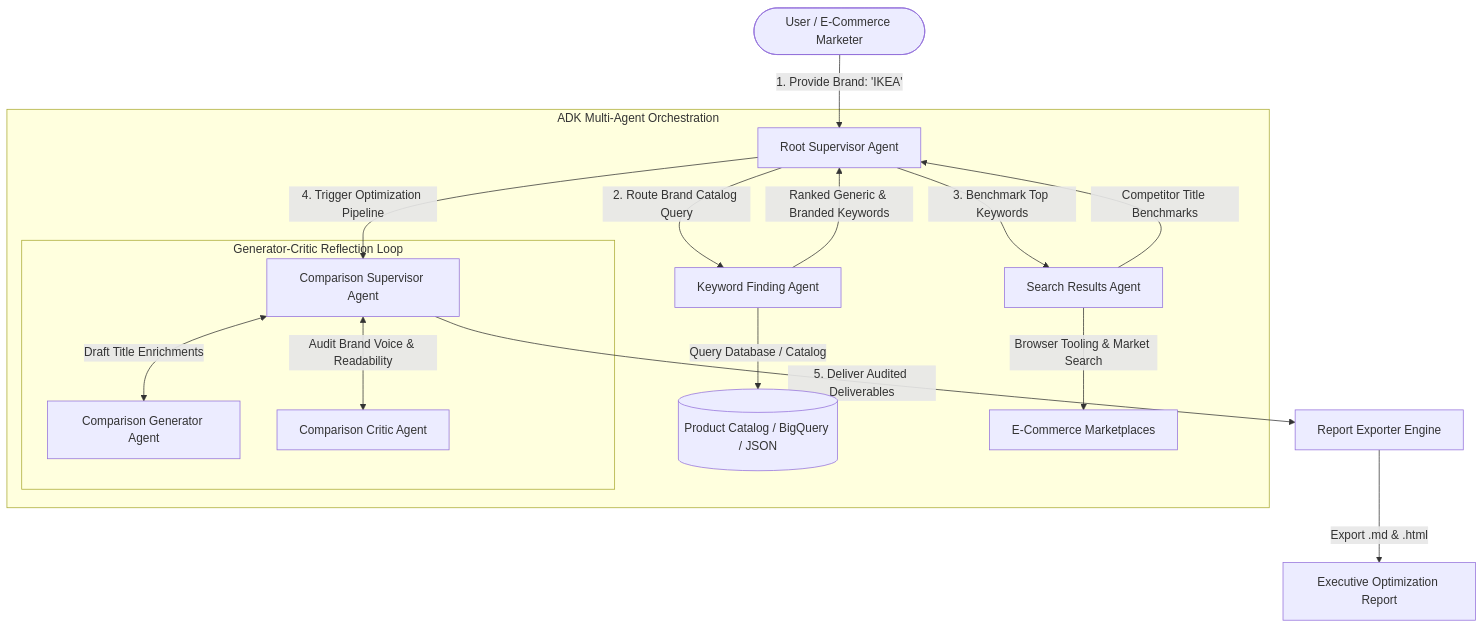
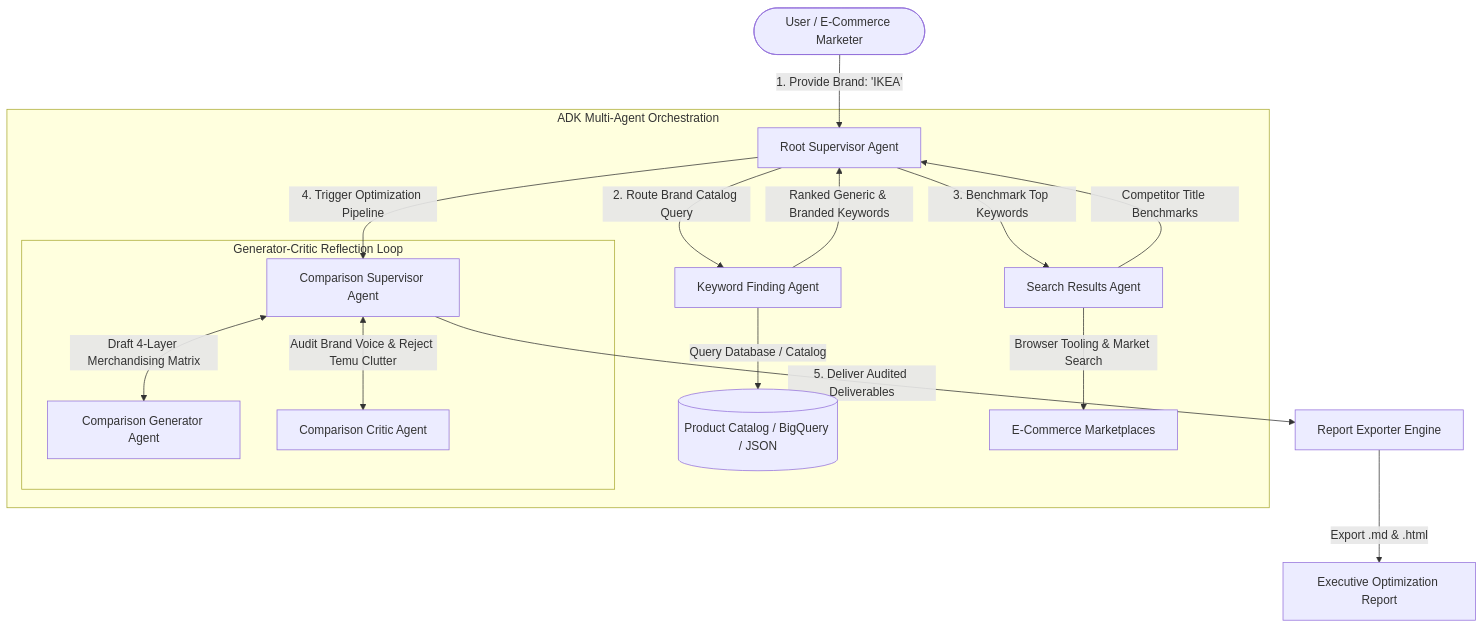
The second of 2 diagrams in README.md (kilinkis/adk-ikea-brand-analysis), drawn with Mermaid before and after one commit. The commit also changed other lines of this file and 10 other files, not shown here.

Commit message:
refactor: update architecture to 4-layer merchandising and implement metrics-based evaluation logic

````diff
--- a/README.md
+++ b/README.md
@@ -30,24 +77,24 @@
 ```mermaid
 flowchart TD
     User([User / E-Commerce Marketer]) -->|1. Provide Brand: 'IKEA'| Root[Root Supervisor Agent]
 
     subgraph ADK Multi-Agent Orchestration
         Root -->|2. Route Brand Catalog Query| KF[Keyword Finding Agent]
         KF -->|Query Database / Catalog| DB[(Product Catalog / BigQuery / JSON)]
         KF -->|Ranked Generic & Branded Keywords| Root
 
         Root -->|3. Benchmark Top Keywords| SR[Search Results Agent]
         SR -->|Browser Tooling & Market Search| Web[E-Commerce Marketplaces]
         SR -->|Competitor Title Benchmarks| Root
 
         Root -->|4. Trigger Optimization Pipeline| CompRoot[Comparison Supervisor Agent]
 
         subgraph Generator-Critic Reflection Loop
-            CompRoot <-->|Draft Title Enrichments| Gen[Comparison Generator Agent]
-            CompRoot <-->|Audit Brand Voice & Readability| Critic[Comparison Critic Agent]
+            CompRoot <-->|Draft 4-Layer Merchandising Matrix| Gen[Comparison Generator Agent]
+            CompRoot <-->|Audit Brand Voice & Reject Temu Clutter| Critic[Comparison Critic Agent]
         end
     end
 
     CompRoot -->|5. Deliver Audited Deliverables| Reporter[Report Exporter Engine]
     Reporter -->|Export .md & .html| Output[Executive Optimization Report]
 ```
````
